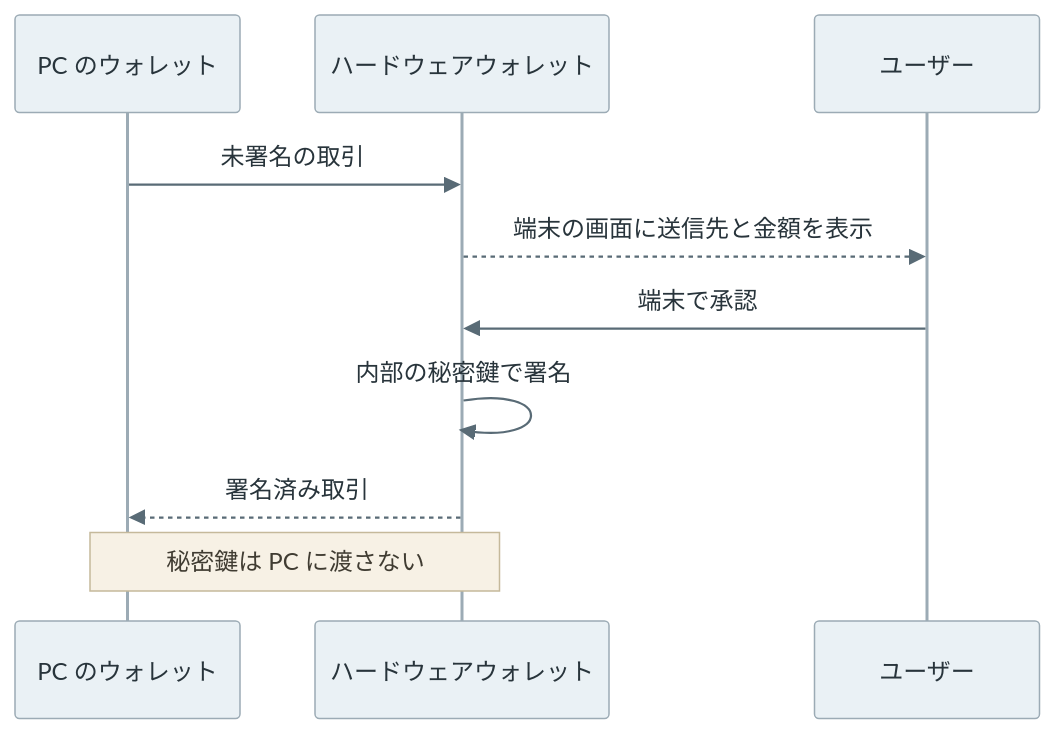
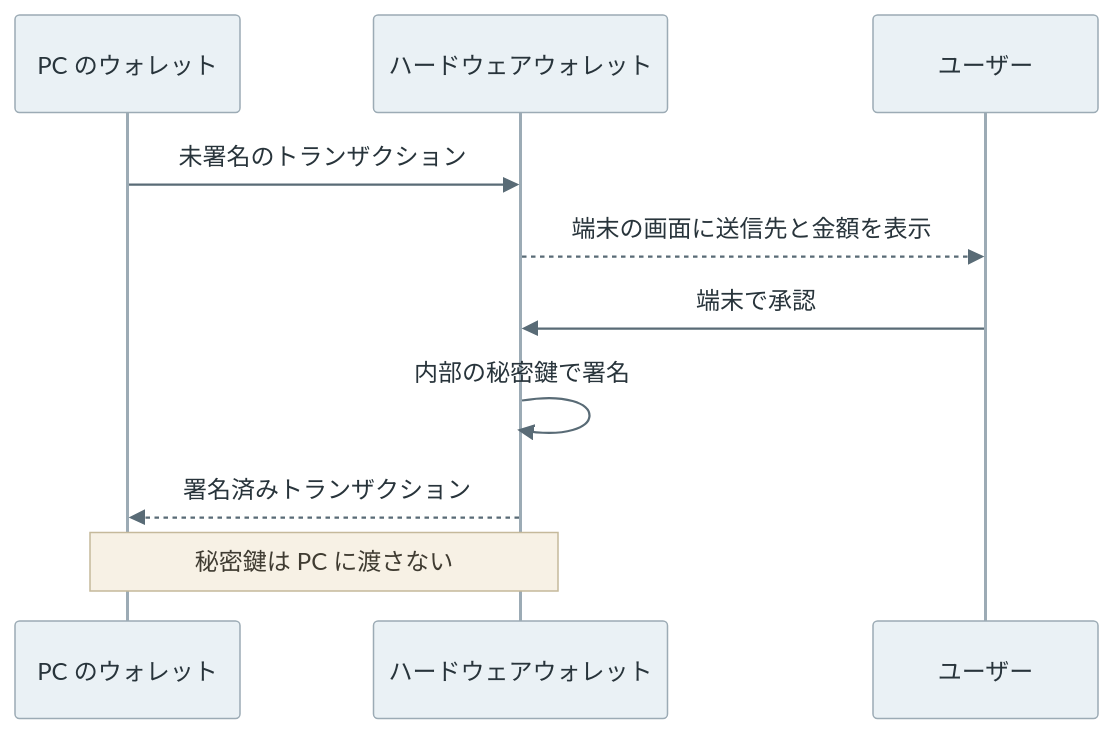
One commit to nao1215/debimate changed the ninth of 14 diagrams in content/notes/blockchain-systems/wallet/index.md. Above: the diagram before and after it, drawn with Mermaid. The commit also changed other lines of this file and 12 other files, not shown here.

````diff
--- a/content/notes/blockchain-systems/wallet/index.md
+++ b/content/notes/blockchain-systems/wallet/index.md
@@ -455,13 +455,13 @@
 ```mermaid
 %%{init: {"theme":"base","themeVariables":{"primaryColor":"#eaf1f5","primaryTextColor":"#28343b","primaryBorderColor":"#9cabb5","lineColor":"#596b76","textColor":"#28343b","actorBkg":"#eaf1f5","actorBorder":"#9cabb5","actorTextColor":"#28343b","actorLineColor":"#9cabb5","signalColor":"#596b76","signalTextColor":"#28343b","noteBkgColor":"#f7f1e5","noteBorderColor":"#c5b99b","noteTextColor":"#403c32","activationBkgColor":"#edf3ef","activationBorderColor":"#9aafa1"}}}%%
 sequenceDiagram
     participant P as PC のウォレット
     participant H as ハードウェアウォレット
     participant U as ユーザー
-    P->>H: 未署名の取引
+    P->>H: 未署名のトランザクション
     H-->>U: 端末の画面に送信先と金額を表示
     U->>H: 端末で承認
     H->>H: 内部の秘密鍵で署名
-    H-->>P: 署名済み取引
+    H-->>P: 署名済みトランザクション
     Note over P,H: 秘密鍵は PC に渡さない
 ```
````
